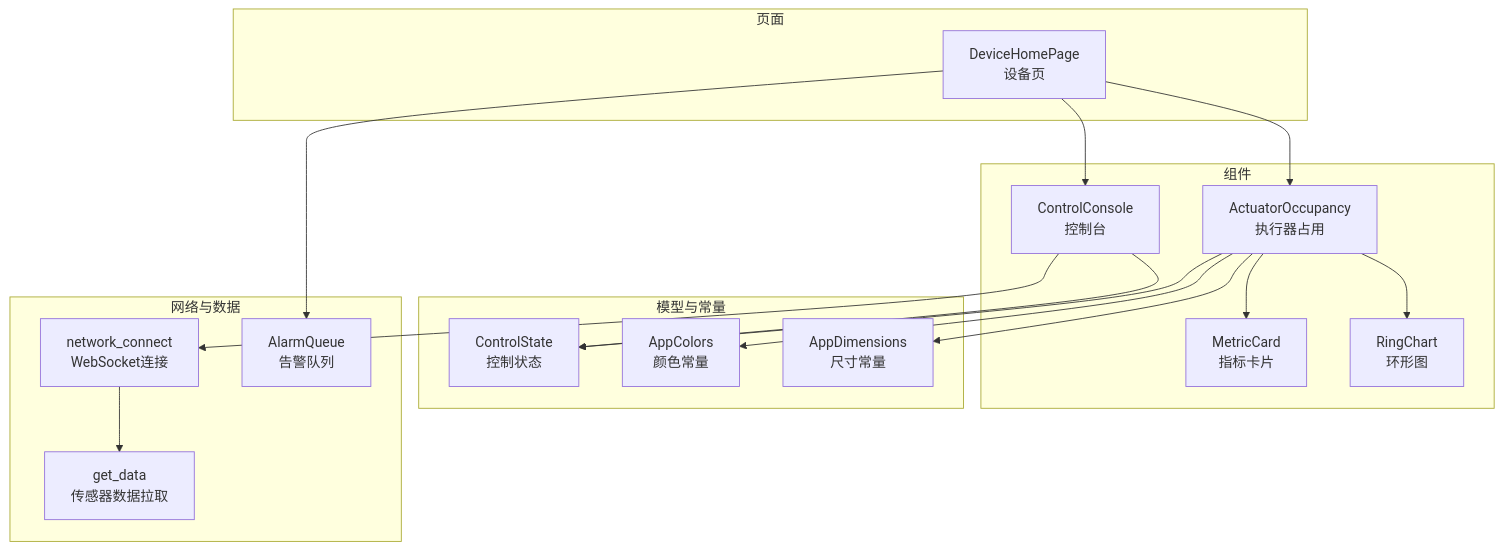
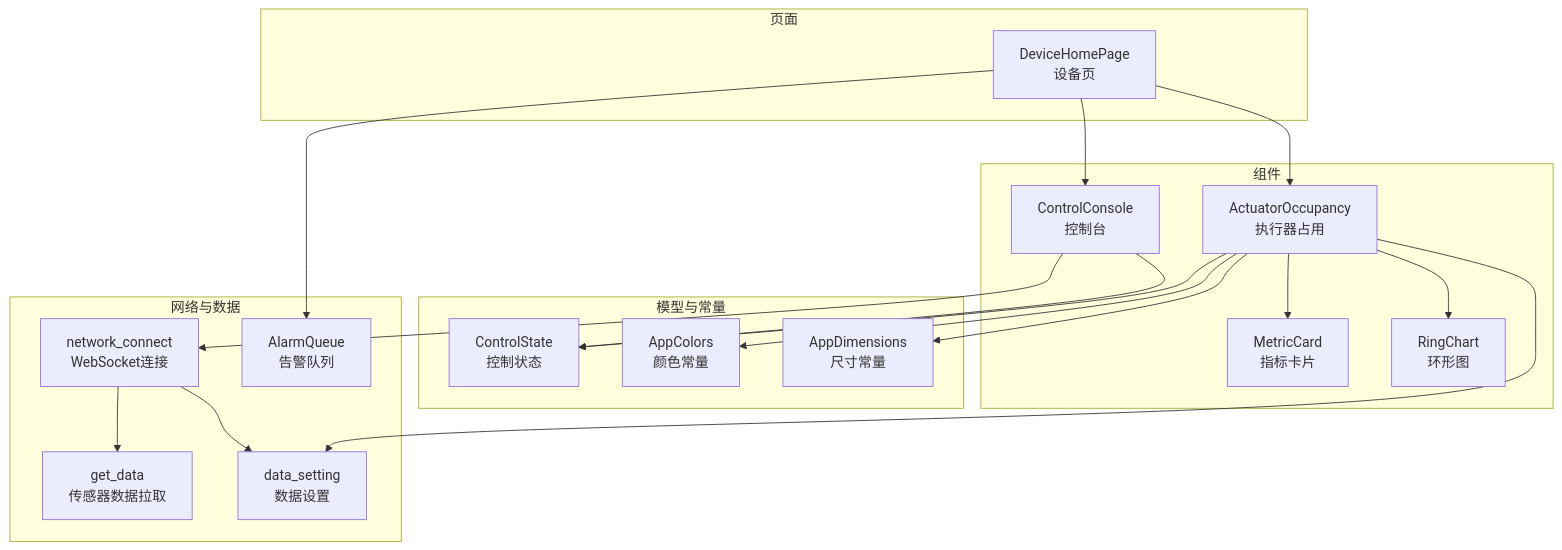
Before and after one commit to Neonrey-hub/SmartController: the first of 9 diagrams in .qoder/repowiki/zh/content/设备管理系统/执行器监控.md, drawn with Mermaid. The commit also changed other lines of this file and 16 other files, not shown here.

````diff
--- a/.qoder/repowiki/zh/content/设备管理系统/执行器监控.md
+++ b/.qoder/repowiki/zh/content/设备管理系统/执行器监控.md
@@ -47,33 +56,36 @@
 ```mermaid
 graph TB
 subgraph "页面"
 DHP["DeviceHomePage<br/>设备页"]
 end
 subgraph "组件"
 AO["ActuatorOccupancy<br/>执行器占用"]
 MC["MetricCard<br/>指标卡片"]
 RC["RingChart<br/>环形图"]
 CC["ControlConsole<br/>控制台"]
 end
 subgraph "模型与常量"
 CS["ControlState<br/>控制状态"]
 AC["AppColors<br/>颜色常量"]
 AD["AppDimensions<br/>尺寸常量"]
 end
 subgraph "网络与数据"
 NC["network_connect<br/>WebSocket连接"]
 GD["get_data<br/>传感器数据拉取"]
 AQ["AlarmQueue<br/>告警队列"]
+DS["data_setting<br/>数据设置"]
 end
 DHP --> AO
 AO --> MC
 AO --> RC
 AO --> CS
 AO --> AC
 AO --> AD
+AO --> DS
 CC --> CS
 CC --> NC
 DHP --> CC
 DHP --> AQ
 NC --> GD
+NC --> DS
 ```
````
